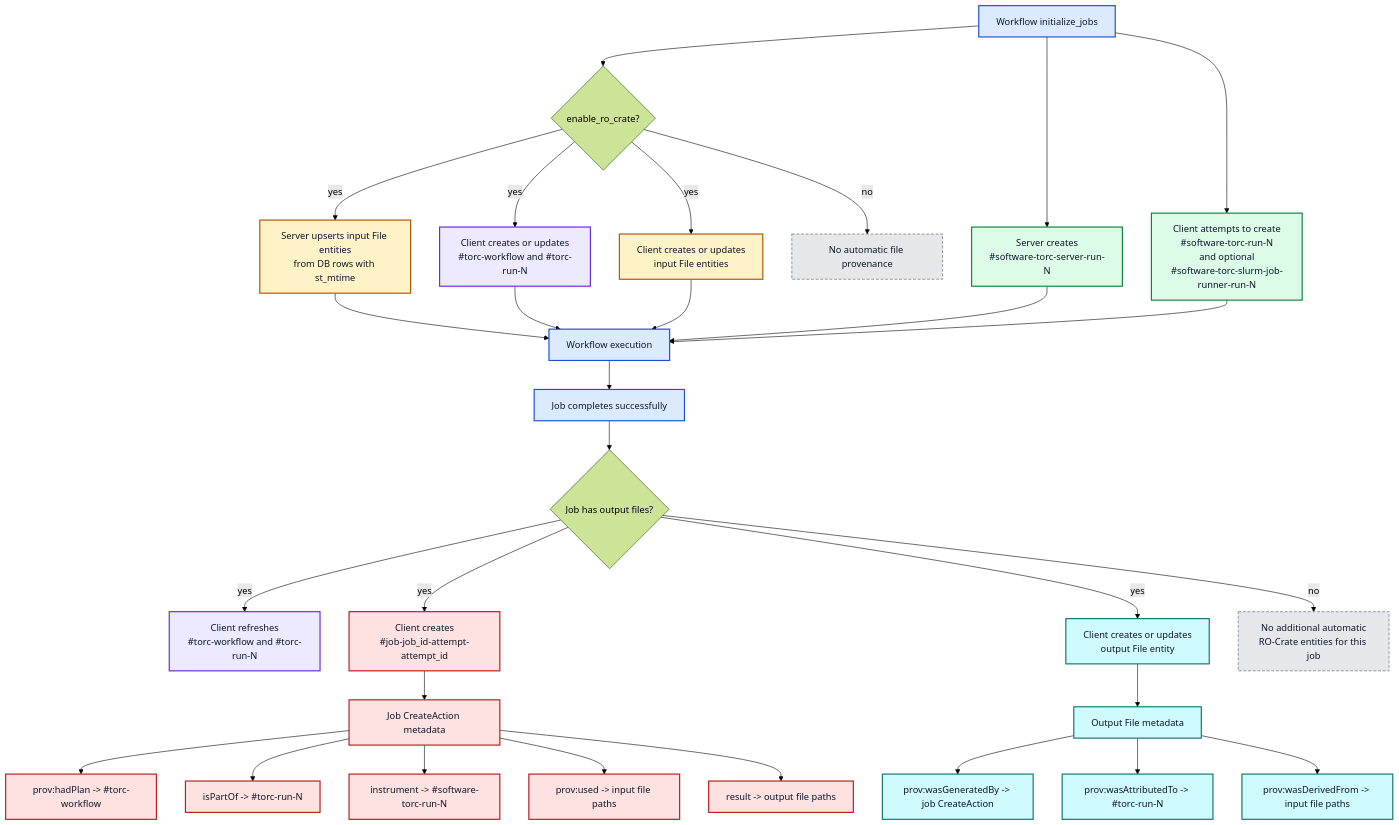
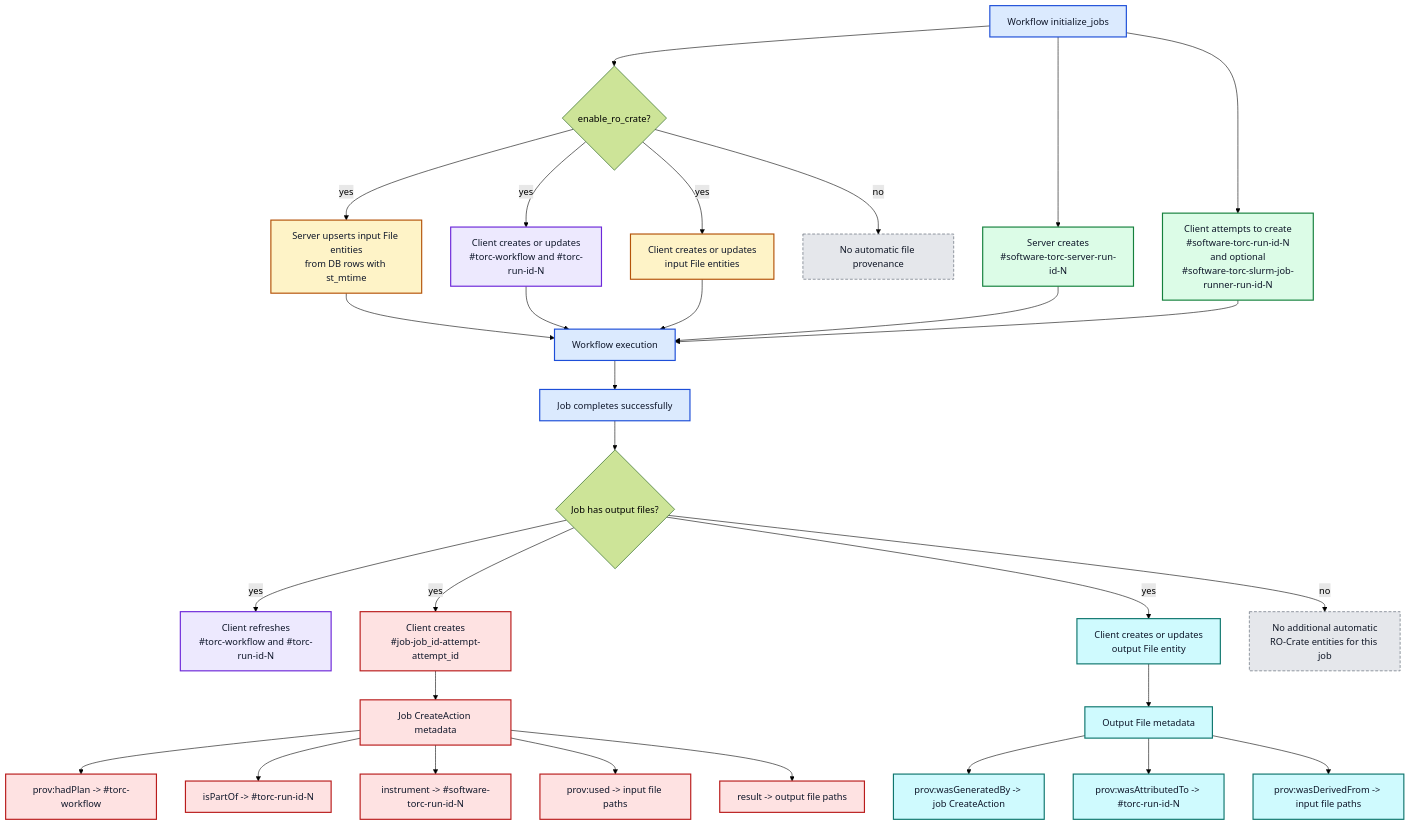
One commit to NatLabRockies/torc changed the diagram in docs/src/specialized/design/ro-crate.md. Above: the diagram before and after it, drawn with Mermaid (forest theme). The commit also changed other lines of this file and 7 other files, not shown here.

````diff
--- a/docs/src/specialized/design/ro-crate.md
+++ b/docs/src/specialized/design/ro-crate.md
@@ -35,52 +35,52 @@
 ```mermaid
 flowchart TD
     A[Workflow initialize_jobs] --> B{enable_ro_crate?}
-    A --> C[Server creates<br/>#software-torc-server-run-N]
-    A --> D[Client attempts to create<br/>#software-torc-run-N<br/>and optional<br/>#software-torc-slurm-job-runner-run-N]
+    A --> C[Server creates<br/>#software-torc-server-run-id-N]
+    A --> D[Client attempts to create<br/>#software-torc-run-id-N<br/>and optional<br/>#software-torc-slurm-job-runner-run-id-N]
 
     B -->|yes| E[Server upserts input File entities<br/>from DB rows with st_mtime]
-    B -->|yes| F[Client creates or updates<br/>#torc-workflow and #torc-run-N]
+    B -->|yes| F[Client creates or updates<br/>#torc-workflow and #torc-run-id-N]
     B -->|yes| G[Client creates or updates<br/>input File entities]
     B -->|no| H[No automatic file provenance]
 
     G --> I[Workflow execution]
     E --> I
     F --> I
     C --> I
     D --> I
 
     I --> J[Job completes successfully]
     J --> J2{Job has output files?}
-    J2 -->|yes| K[Client refreshes<br/>#torc-workflow and #torc-run-N]
+    J2 -->|yes| K[Client refreshes<br/>#torc-workflow and #torc-run-id-N]
     J2 -->|yes| L[Client creates<br/>#job-job_id-attempt-attempt_id]
     J2 -->|yes| M[Client creates or updates<br/>output File entity]
     J2 -->|no| P[No additional automatic<br/>RO-Crate entities for this job]
 
     L --> N[Job CreateAction metadata]
     N --> N1[prov:hadPlan -> #torc-workflow]
-    N --> N2[isPartOf -> #torc-run-N]
-    N --> N3[instrument -> #software-torc-run-N]
+    N --> N2[isPartOf -> #torc-run-id-N]
+    N --> N3[instrument -> #software-torc-run-id-N]
     N --> N4[prov:used -> input file paths]
     N --> N5[result -> output file paths]
 
     M --> O[Output File metadata]
     O --> O1[prov:wasGeneratedBy -> job CreateAction]
-    O --> O2[prov:wasAttributedTo -> #torc-run-N]
+    O --> O2[prov:wasAttributedTo -> #torc-run-id-N]
     O --> O3[prov:wasDerivedFrom -> input file paths]
 
     classDef init fill:#dbeafe,stroke:#1d4ed8,color:#0f172a,stroke-width:2px;
     classDef software fill:#dcfce7,stroke:#15803d,color:#0f172a,stroke-width:2px;
     classDef input fill:#fef3c7,stroke:#b45309,color:#0f172a,stroke-width:2px;
     classDef run fill:#ede9fe,stroke:#6d28d9,color:#0f172a,stroke-width:2px;
     classDef job fill:#fee2e2,stroke:#b91c1c,color:#0f172a,stroke-width:2px;
     classDef output fill:#cffafe,stroke:#0f766e,color:#0f172a,stroke-width:2px;
     classDef disabled fill:#e5e7eb,stroke:#4b5563,color:#111827,stroke-dasharray: 5 3;
 
     class A,I,J init;
     class C,D software;
     class E,G input;
     class F,K run;
     class L,N,N1,N2,N3,N4,N5 job;
     class M,O,O1,O2,O3 output;
     class H,P disabled;
 ```
````
